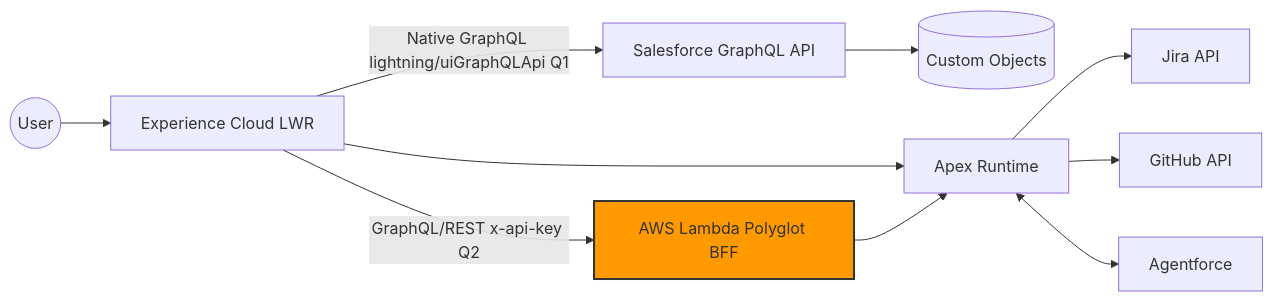
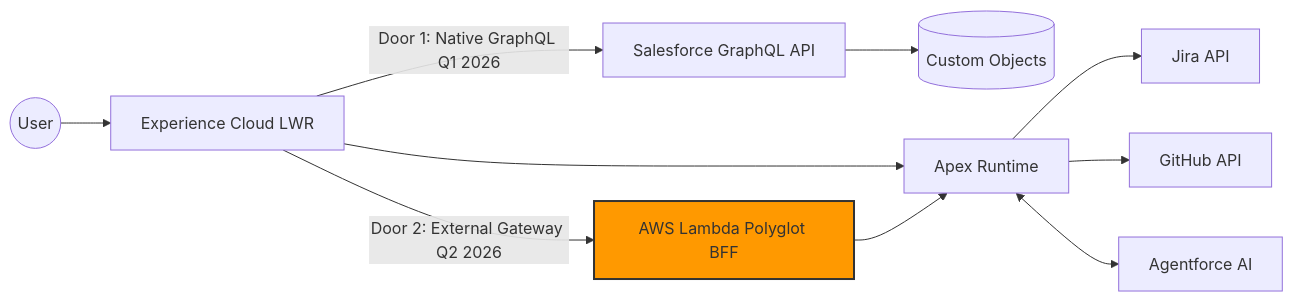
One commit to rdbumstead/salesforce-platform-architect-portfolio changed the diagram in README.md. Above: the diagram before and after it, drawn with Mermaid. The commit also changed other lines of this file, not shown here.

````diff
--- a/README.md
+++ b/README.md
@@ -137,13 +205,13 @@
 ```mermaid
 graph LR
     User((User)) --> LWR[Experience Cloud LWR]
-    LWR -->|Native GraphQL lightning/uiGraphQLApi Q1| SF_GQL[Salesforce GraphQL API]
+    LWR -->|Door 1: Native GraphQL Q1 2026| SF_GQL[Salesforce GraphQL API]
     SF_GQL --> DB[(Custom Objects)]
-    LWR -->|GraphQL/REST x-api-key Q2| Lambda[AWS Lambda Polyglot BFF]
+    LWR -->|Door 2: External Gateway Q2 2026| Lambda[AWS Lambda Polyglot BFF]
     LWR --> Apex[Apex Runtime]
     Lambda --> Apex
     Apex --> Jira[Jira API]
     Apex --> GitHub[GitHub API]
-    Apex <--> AI[Agentforce]
+    Apex <--> AI[Agentforce AI]
     style Lambda fill:#FF9900,stroke:#333,stroke-width:2px
 ```
````
